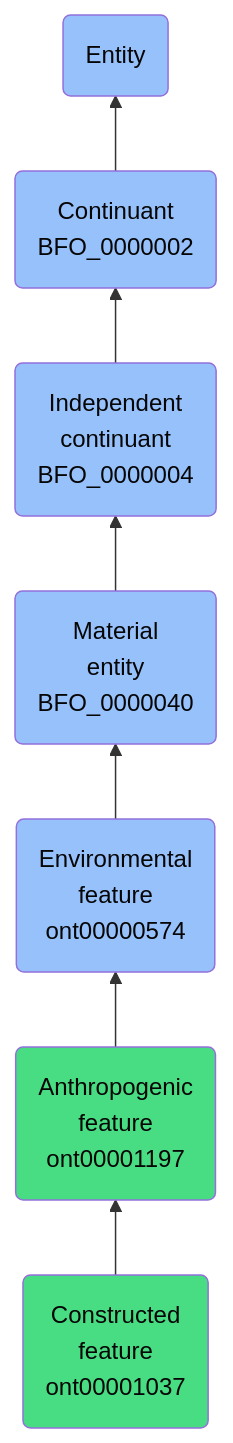
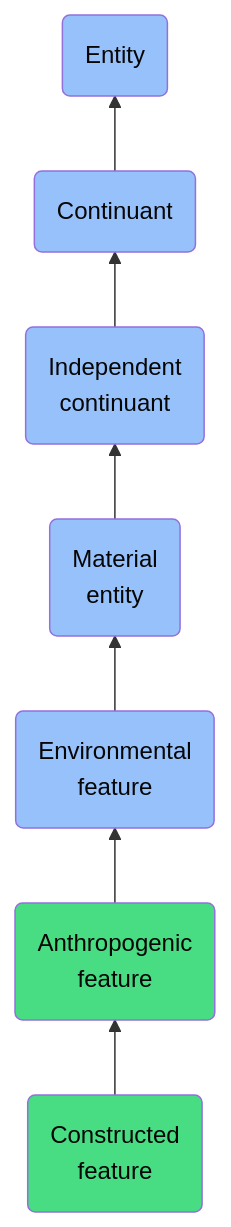
The diagram in docs/ontology/reference/model/Entity/Continuant/Independent continuant/Material entity/Environmental feature/Anthropogenic feature/Constructed feature/Constructed feature.md (jupyter-naas/abi), drawn with Mermaid before and after one commit. The commit also changed other lines of this file and 1430 other files, not shown here.

````diff
--- a/docs/ontology/reference/model/Entity/Continuant/Independent continuant/Material entity/Environmental feature/Anthropogenic feature/Constructed feature/Constructed feature.md
+++ b/docs/ontology/reference/model/Entity/Continuant/Independent continuant/Material entity/Environmental feature/Anthropogenic feature/Constructed feature/Constructed feature.md
@@ -24,14 +24,14 @@
 ```mermaid
 graph BT
-    ont00001037(Constructed<br>feature<br>ont00001037):::ABI-->ont00001197
-    ont00001197(Anthropogenic<br>feature<br>ont00001197):::ABI-->ont00000574
-    ont00000574(Environmental<br>feature<br>ont00000574):::BFO-->BFO_0000040
-    BFO_0000040(Material<br>entity<br>BFO_0000040):::BFO-->BFO_0000004
-    BFO_0000004(Independent<br>continuant<br>BFO_0000004):::BFO-->BFO_0000002
-    BFO_0000002(Continuant<br>BFO_0000002):::BFO-->BFO_0000001
+    ont00001037(Constructed<br>feature):::ABI-->ont00001197
+    ont00001197(Anthropogenic<br>feature):::ABI-->ont00000574
+    ont00000574(Environmental<br>feature):::BFO-->BFO_0000040
+    BFO_0000040(Material<br>entity):::BFO-->BFO_0000004
+    BFO_0000004(Independent<br>continuant):::BFO-->BFO_0000002
+    BFO_0000002(Continuant):::BFO-->BFO_0000001
     BFO_0000001(Entity):::BFO
     
     classDef BFO fill:#97c1fb,color:#060606
     classDef CCO fill:#e4c51e,color:#060606
     classDef ABI fill:#48DD82,color:#060606
 ```
````
